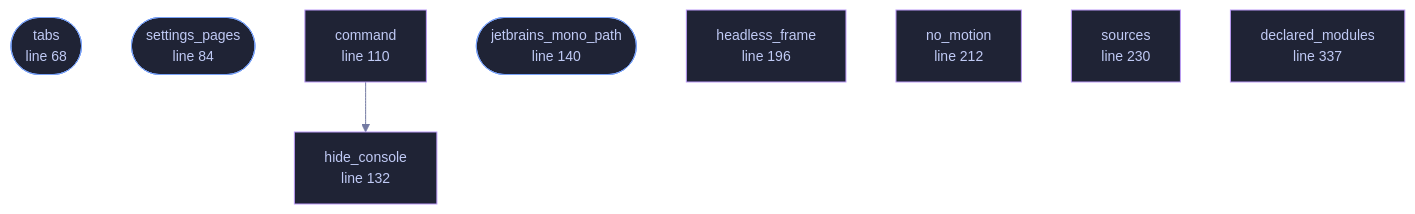
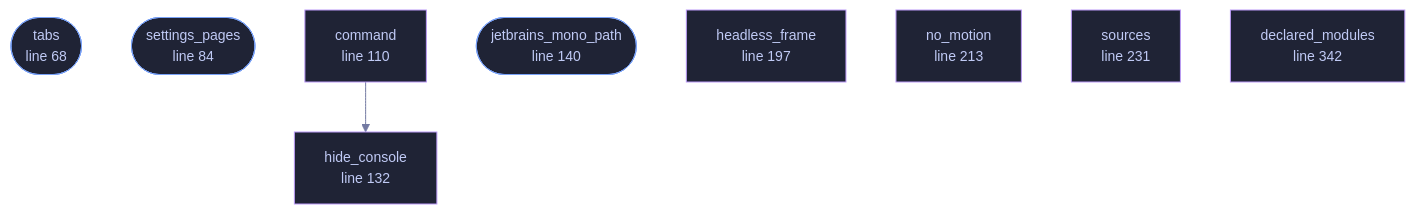
Before and after one commit to tilas01/veilvoice: the diagram in docs/files/veilvoice-gui/lib.md, drawn with Mermaid. The commit also changed other lines of this file and 43 other files, not shown here.

First line of the commit message:
Roadmap 175, the Browser half's engine: the export worker and the thumbnails

````diff
--- a/docs/files/veilvoice-gui/lib.md
+++ b/docs/files/veilvoice-gui/lib.md
@@ -106,29 +106,29 @@
 ```mermaid
 %%{init: {"theme":"base","themeVariables":{"background":"#1a1b26","primaryColor":"#1f2335","primaryTextColor":"#c0caf5","primaryBorderColor":"#7aa2f7","secondaryColor":"#16161e","tertiaryColor":"#16161e","lineColor":"#737aa2","textColor":"#c0caf5","mainBkg":"#1f2335","nodeBorder":"#7aa2f7","clusterBkg":"#16161e","clusterBorder":"#2f3549","fontFamily":"ui-monospace, SFMono-Regular, Consolas, monospace","fontSize":"14px"}}}%%
 flowchart TD
     n_tabs(["tabs<br/>line 68"])
     n_settings_pages(["settings_pages<br/>line 84"])
     n_command["command<br/>line 110"]
     n_hide_console["hide_console<br/>line 122"]
     n_hide_console["hide_console<br/>line 132"]
     n_jetbrains_mono_path(["jetbrains_mono_path<br/>line 140"])
-    n_headless_frame["headless_frame<br/>line 196"]
-    n_no_motion["no_motion<br/>line 212"]
-    n_sources["sources<br/>line 230"]
-    n_declared_modules["declared_modules<br/>line 337"]
+    n_headless_frame["headless_frame<br/>line 197"]
+    n_no_motion["no_motion<br/>line 213"]
+    n_sources["sources<br/>line 231"]
+    n_declared_modules["declared_modules<br/>line 342"]
     n_command --> n_hide_console
     click n_tabs href "https://github.com/tilas01/veilvoice/blob/main/crates/veilvoice-gui/src/lib.rs#L68" "open the source"
     click n_settings_pages href "https://github.com/tilas01/veilvoice/blob/main/crates/veilvoice-gui/src/lib.rs#L84" "open the source"
     click n_command href "https://github.com/tilas01/veilvoice/blob/main/crates/veilvoice-gui/src/lib.rs#L110" "open the source"
     click n_hide_console href "https://github.com/tilas01/veilvoice/blob/main/crates/veilvoice-gui/src/lib.rs#L122" "open the source"
     click n_hide_console href "https://github.com/tilas01/veilvoice/blob/main/crates/veilvoice-gui/src/lib.rs#L132" "open the source"
     click n_jetbrains_mono_path href "https://github.com/tilas01/veilvoice/blob/main/crates/veilvoice-gui/src/lib.rs#L140" "open the source"
-    click n_headless_frame href "https://github.com/tilas01/veilvoice/blob/main/crates/veilvoice-gui/src/lib.rs#L196" "open the source"
-    click n_no_motion href "https://github.com/tilas01/veilvoice/blob/main/crates/veilvoice-gui/src/lib.rs#L212" "open the source"
-    click n_sources href "https://github.com/tilas01/veilvoice/blob/main/crates/veilvoice-gui/src/lib.rs#L230" "open the source"
-    click n_declared_modules href "https://github.com/tilas01/veilvoice/blob/main/crates/veilvoice-gui/src/lib.rs#L337" "open the source"
+    click n_headless_frame href "https://github.com/tilas01/veilvoice/blob/main/crates/veilvoice-gui/src/lib.rs#L197" "open the source"
+    click n_no_motion href "https://github.com/tilas01/veilvoice/blob/main/crates/veilvoice-gui/src/lib.rs#L213" "open the source"
+    click n_sources href "https://github.com/tilas01/veilvoice/blob/main/crates/veilvoice-gui/src/lib.rs#L231" "open the source"
+    click n_declared_modules href "https://github.com/tilas01/veilvoice/blob/main/crates/veilvoice-gui/src/lib.rs#L342" "open the source"
     classDef entry fill:#1f2335,stroke:#7aa2f7,color:#c0caf5
     class n_tabs,n_settings_pages,n_jetbrains_mono_path entry
     classDef helper fill:#1f2335,stroke:#bb9af7,color:#c0caf5
     class n_command,n_hide_console,n_hide_console,n_headless_frame,n_no_motion,n_sources,n_declared_modules helper
 ```
````
